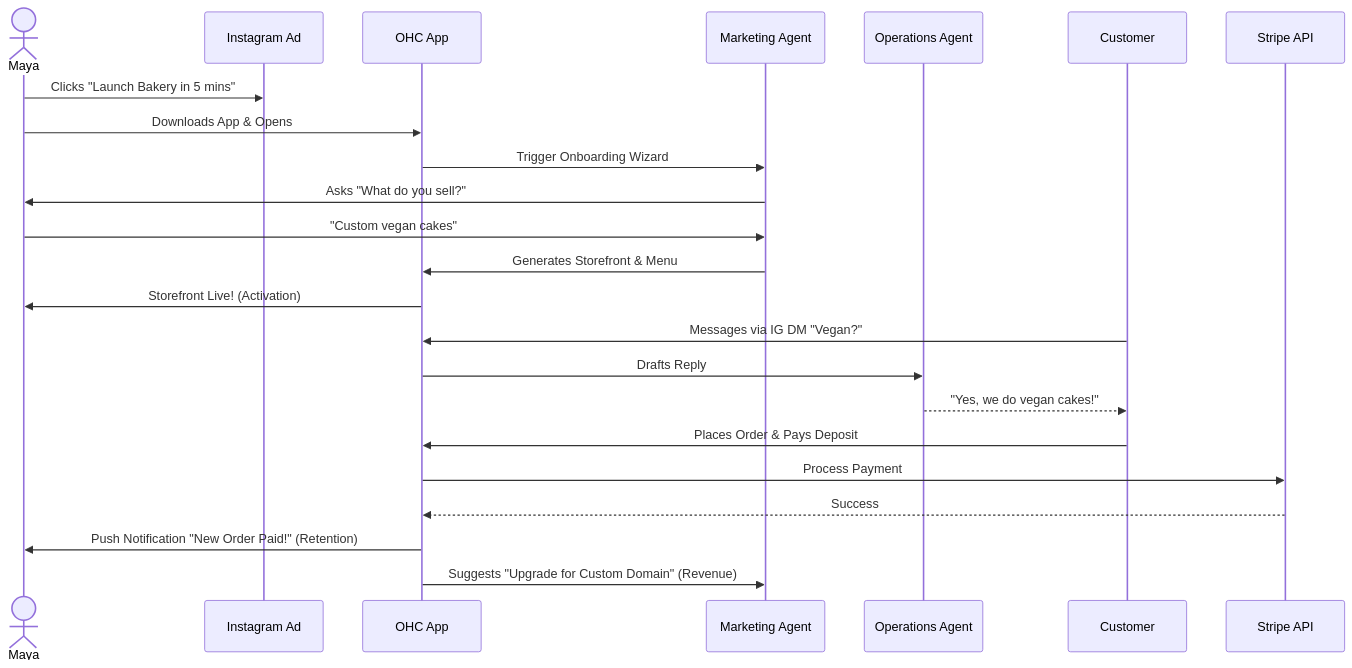
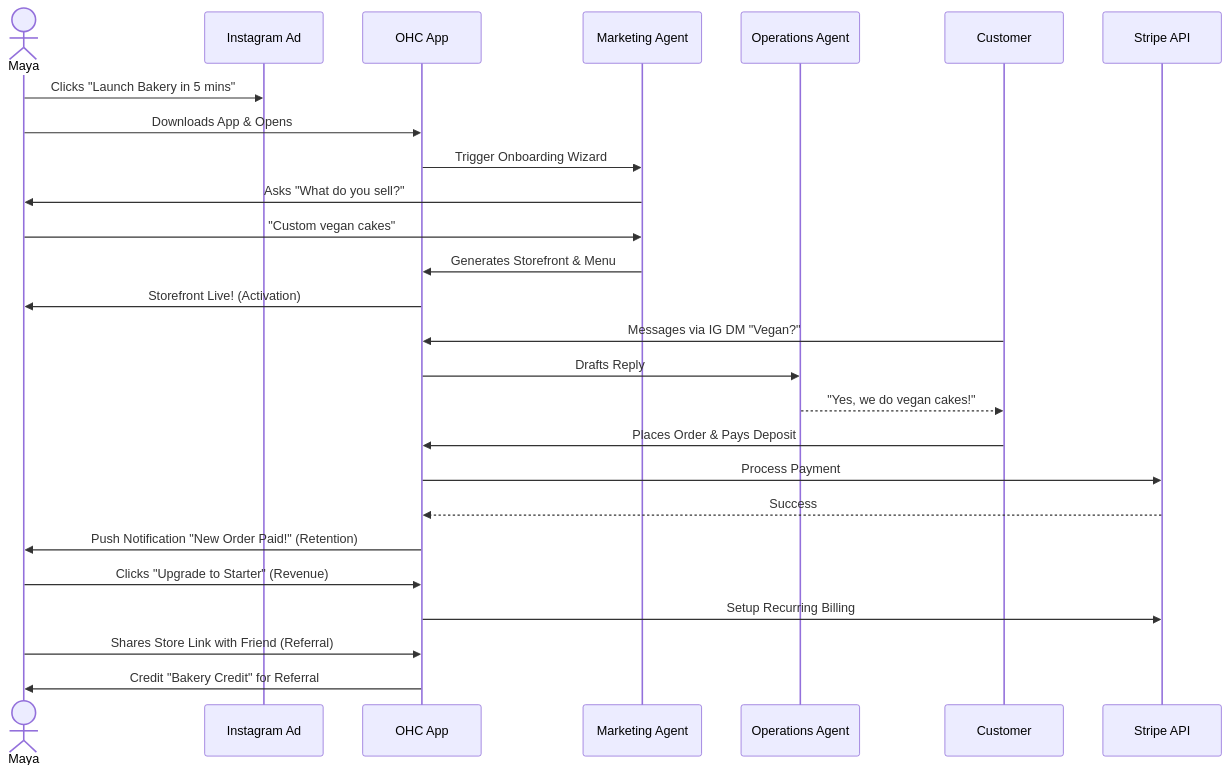
Before and after one commit to omnisolo-llc/onehumancorp: the first of 5 diagrams in docs/research/[architecture]_business_journey.md, drawn with Mermaid. The commit also changed other lines of this file and 4 other files, not shown here.

First line of the commit message:
docs(research): consolidate architectural blueprints for KAIROS swarm

````diff
--- a/docs/research/[architecture]_business_journey.md
+++ b/docs/research/[architecture]_business_journey.md
@@ -40,26 +40,29 @@
 ```mermaid
 sequenceDiagram
     actor Maya
     participant Ad as Instagram Ad
     participant OHC as OHC App
     participant AI_Mark as Marketing Agent
     participant AI_Ops as Operations Agent
     participant Cust as Customer
     participant Stripe as Stripe API
 
     Maya->>Ad: Clicks "Launch Bakery in 5 mins"
     Maya->>OHC: Downloads App & Opens
     OHC->>AI_Mark: Trigger Onboarding Wizard
     AI_Mark->>Maya: Asks "What do you sell?"
     Maya->>AI_Mark: "Custom vegan cakes"
     AI_Mark->>OHC: Generates Storefront & Menu
     OHC->>Maya: Storefront Live! (Activation)
     Cust->>OHC: Messages via IG DM "Vegan?"
     OHC->>AI_Ops: Drafts Reply
     AI_Ops-->>Cust: "Yes, we do vegan cakes!"
     Cust->>OHC: Places Order & Pays Deposit
     OHC->>Stripe: Process Payment
     Stripe-->>OHC: Success
     OHC->>Maya: Push Notification "New Order Paid!" (Retention)
-    OHC->>AI_Mark: Suggests "Upgrade for Custom Domain" (Revenue)
+    Maya->>OHC: Clicks "Upgrade to Starter" (Revenue)
+    OHC->>Stripe: Setup Recurring Billing
+    Maya->>OHC: Shares Store Link with Friend (Referral)
+    OHC->>Maya: Credit "Bakery Credit" for Referral
 ```
````
